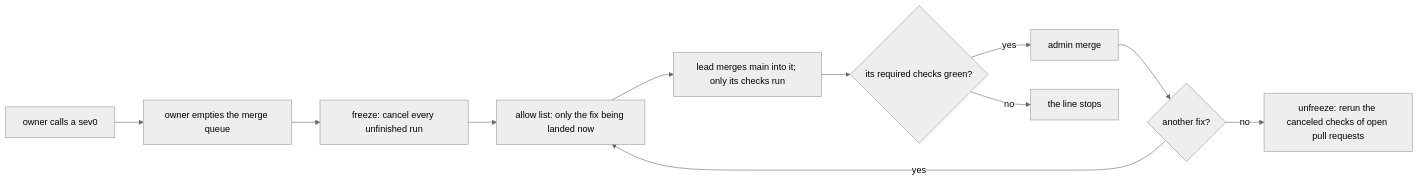
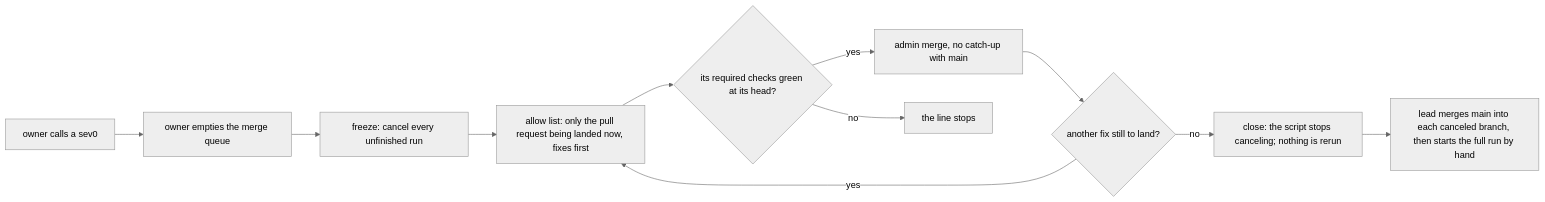
One commit to kamp-us/tea-fabrika changed the diagram in .decisions/0532-a-sev0-freezes-ci.md. Above: the diagram before and after it, drawn with Mermaid (neutral theme). The commit also changed other lines of this file and 66 other files, not shown here.

First line of the commit message:
Decision records 0523 to 0601 say what holds now, each accepted, with no Amendments section or still-holds line (rules and records slice 5) (#1642)

````diff
--- a/.decisions/0532-a-sev0-freezes-ci.md
+++ b/.decisions/0532-a-sev0-freezes-ci.md
@@ -17,13 +15,13 @@
 ```mermaid
 flowchart LR
   owner["owner calls a sev0"] --> empty["owner empties the merge queue"]
   empty --> freeze["freeze: cancel every unfinished run"]
-  freeze --> next["allow list: only the fix being landed now"]
-  next --> sync["lead merges main into it; only its checks run"]
-  sync --> green{"its required checks green?"}
-  green -->|"yes"| admin["admin merge"]
-  admin --> more{"another fix?"}
+  freeze --> next["allow list: only the pull request being landed now, fixes first"]
+  next --> green{"its required checks green at its head?"}
+  green -->|"yes"| admin["admin merge, no catch-up with main"]
+  admin --> more{"another fix still to land?"}
   more -->|"yes"| next
-  more -->|"no"| unfreeze["unfreeze: rerun the canceled checks of open pull requests"]
+  more -->|"no"| close["close: the script stops canceling; nothing is rerun"]
+  close --> catch["lead merges main into each canceled branch, then starts the full run by hand"]
   green -->|"no"| stop["the line stops"]
 ```
````
